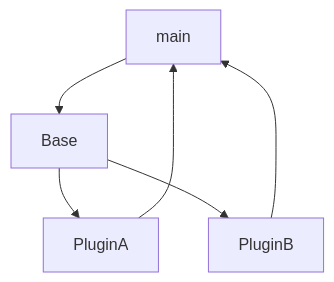
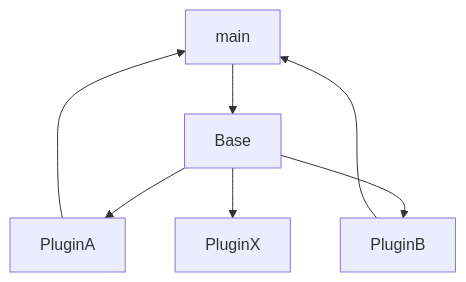
The diagram in README.md (slevon/pluginMocUp), drawn with Mermaid before and after one commit.

````diff
--- a/README.md
+++ b/README.md
@@ -10,8 +10,9 @@
 ```mermaid
 graph TD;
     main-->Base;
     Base-->PluginA;
     Base-->PluginB;
+    Base-->PluginX;
     PluginA-->main;
     PluginB-->main; 
 ```
````
